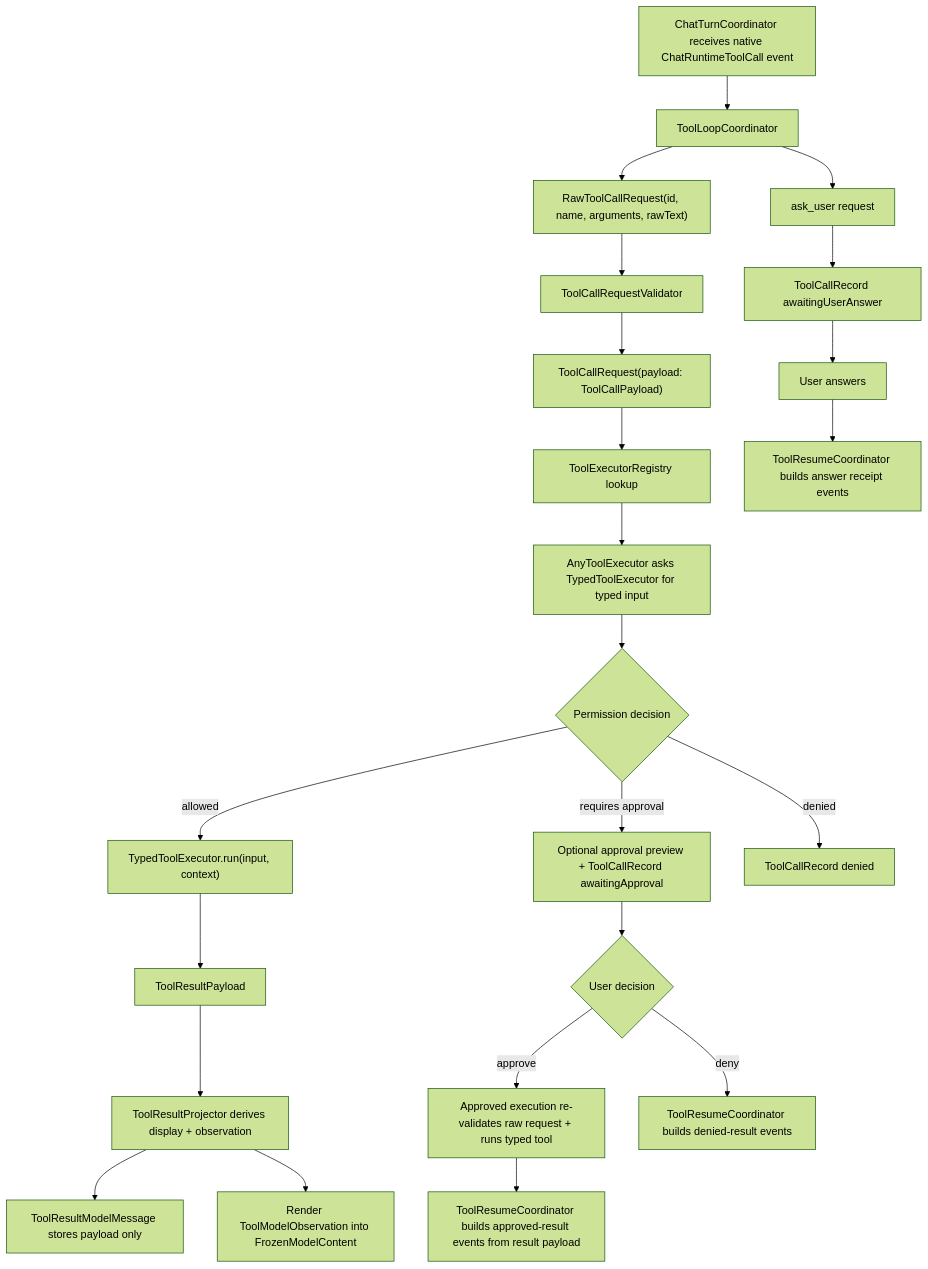
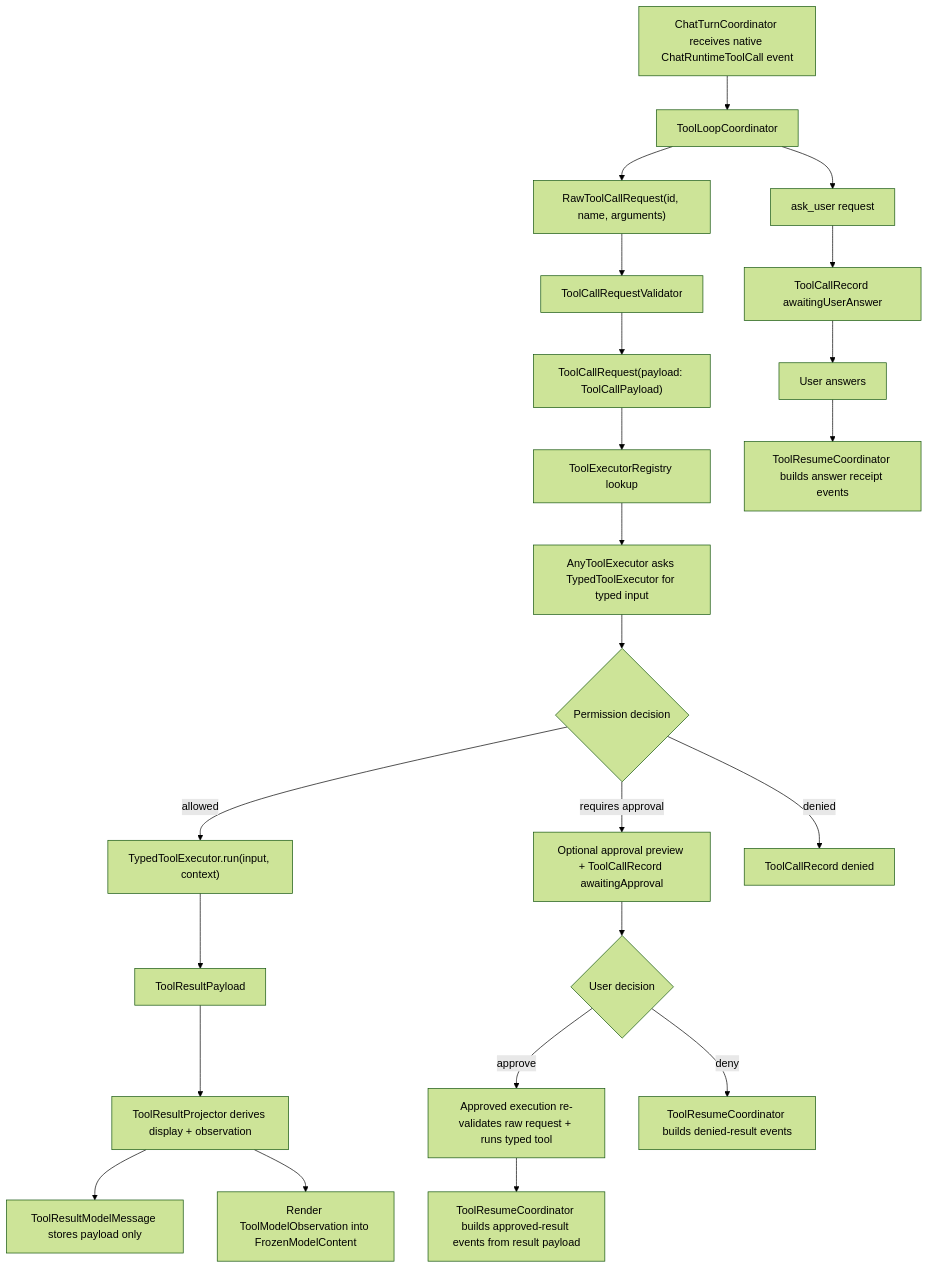
The diagram in docs/tool-runtime.md (ngutech21/sumika-chat), drawn with Mermaid (forest theme) before and after one commit. The commit also changed 19 other files, not shown here.

````diff
--- a/docs/tool-runtime.md
+++ b/docs/tool-runtime.md
@@ -10,25 +10,25 @@
 ```mermaid
 flowchart TD
   A["ChatTurnCoordinator receives native ChatRuntimeToolCall event"] --> B["ToolLoopCoordinator"]
-  B --> C["RawToolCallRequest(id, name, arguments, rawText)"]
+  B --> C["RawToolCallRequest(id, name, arguments)"]
   C --> D["ToolCallRequestValidator"]
   D --> E["ToolCallRequest(payload: ToolCallPayload)"]
   E --> F["ToolExecutorRegistry lookup"]
   F --> G["AnyToolExecutor asks TypedToolExecutor for typed input"]
   G --> H{"Permission decision"}
   H -- "allowed" --> I["TypedToolExecutor.run(input, context)"]
   H -- "requires approval" --> J["Optional approval preview + ToolCallRecord awaitingApproval"]
   H -- "denied" --> K["ToolCallRecord denied"]
   I --> L["ToolResultPayload"]
   L --> O["ToolResultProjector derives display + observation"]
   O --> P["ToolResultModelMessage stores payload only"]
   O --> Q["Render ToolModelObservation into FrozenModelContent"]
   J --> M{"User decision"}
   M -- "approve" --> N["Approved execution re-validates raw request + runs typed tool"]
   N --> R["ToolResumeCoordinator builds approved-result events from result payload"]
   M -- "deny" --> S["ToolResumeCoordinator builds denied-result events"]
   B --> T["ask_user request"]
   T --> U["ToolCallRecord awaitingUserAnswer"]
   U --> V["User answers"]
   V --> W["ToolResumeCoordinator builds answer receipt events"]
 ```
````
